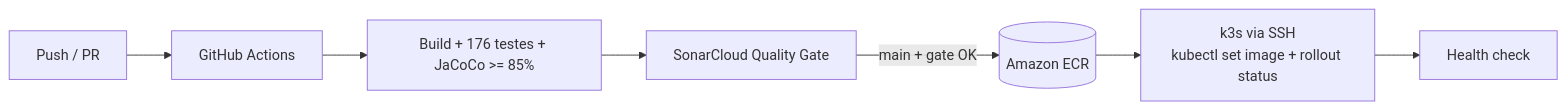
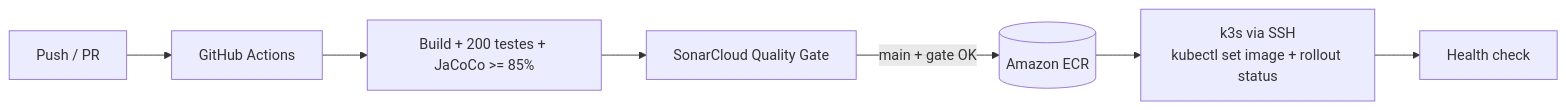
The fifth of 5 diagrams in ARQUITETURA.md (rtmaraujo/tc-oficina-docs), drawn with Mermaid before and after one commit.

Commit message:
docs: corrige contagem de testes na arquitetura

````diff
--- a/ARQUITETURA.md
+++ b/ARQUITETURA.md
@@ -308,9 +308,9 @@
 ```mermaid
 flowchart LR
     Dev[Push / PR] --> GH[GitHub Actions]
-    GH --> T[Build + 176 testes + JaCoCo >= 85%]
+    GH --> T[Build + 200 testes + JaCoCo >= 85%]
     T --> S[SonarCloud Quality Gate]
     S -->|main + gate OK| ECR[(Amazon ECR)]
     ECR --> K8S[k3s via SSH<br/>kubectl set image + rollout status]
     K8S --> Smoke[Health check]
 ```
````
